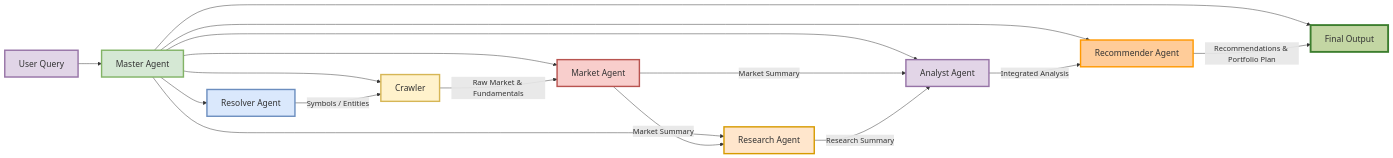
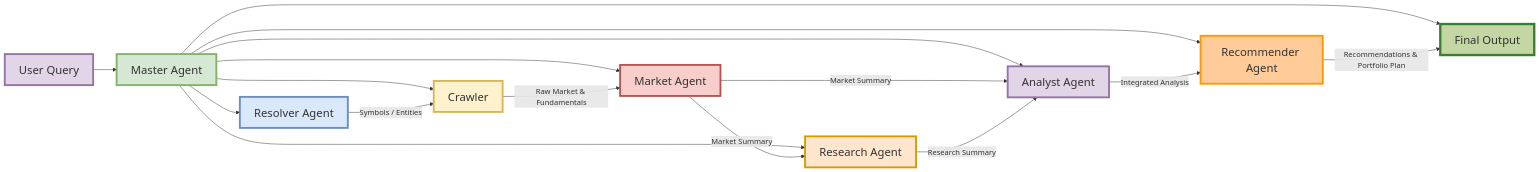
The diagram in README.md (AI-lab-sh/Multi-agent-financial-analysis), drawn with Mermaid before and after one commit.

````diff
--- a/README.md
+++ b/README.md
@@ -10,35 +10,35 @@
 ```mermaid
-%% Enlarged diagram for better visibility
-%% Use bigger font and spacing
+%% Enlarged diagram for very high visibility
+%% Increase node size, font, and spacing for clarity
 graph LR
 A[User Query] --> B[Master Agent]
 
 %% Master orchestrates all agents
 B --> C[Resolver Agent]
 B --> D[Crawler]
 B --> E[Market Agent]
 B --> F[Research Agent]
 B --> G[Analyst Agent]
 B --> H[Recommender Agent]
 B --> I[Final Output]
 
 %% Data flow
 C -- "Symbols / Entities" --> D
 D -- "Raw Market & Fundamentals" --> E
 E -- "Market Summary" --> F
 E -- "Market Summary" --> G
 F -- "Research Summary" --> G
 G -- "Integrated Analysis" --> H
 H -- "Recommendations & Portfolio Plan" --> I
 
-%% Styles with larger font
-style A fill:#e1d5e7,stroke:#9673a6,stroke-width:3px,font-size:18px
-style B fill:#d5e8d4,stroke:#82b366,stroke-width:3px,font-size:18px
-style C fill:#dae8fc,stroke:#6c8ebf,stroke-width:3px,font-size:18px
-style D fill:#fff2cc,stroke:#d6b656,stroke-width:3px,font-size:18px
-style E fill:#f8cecc,stroke:#b85450,stroke-width:3px,font-size:18px
-style F fill:#ffe6cc,stroke:#d79b00,stroke-width:3px,font-size:18px
-style G fill:#e2d5e7,stroke:#9673a6,stroke-width:3px,font-size:18px
-style H fill:#ffcc99,stroke:#ff9900,stroke-width:3px,font-size:18px
-style I fill:#c3d6a3,stroke:#3c7e2e,stroke-width:4px,font-size:18px
+%% Styles with larger font and thicker borders
+style A fill:#e1d5e7,stroke:#9673a6,stroke-width:4px,font-size:24px
+style B fill:#d5e8d4,stroke:#82b366,stroke-width:4px,font-size:24px
+style C fill:#dae8fc,stroke:#6c8ebf,stroke-width:4px,font-size:24px
+style D fill:#fff2cc,stroke:#d6b656,stroke-width:4px,font-size:24px
+style E fill:#f8cecc,stroke:#b85450,stroke-width:4px,font-size:24px
+style F fill:#ffe6cc,stroke:#d79b00,stroke-width:4px,font-size:24px
+style G fill:#e2d5e7,stroke:#9673a6,stroke-width:4px,font-size:24px
+style H fill:#ffcc99,stroke:#ff9900,stroke-width:4px,font-size:24px
+style I fill:#c3d6a3,stroke:#3c7e2e,stroke-width:5px,font-size:24px
 ```
````
